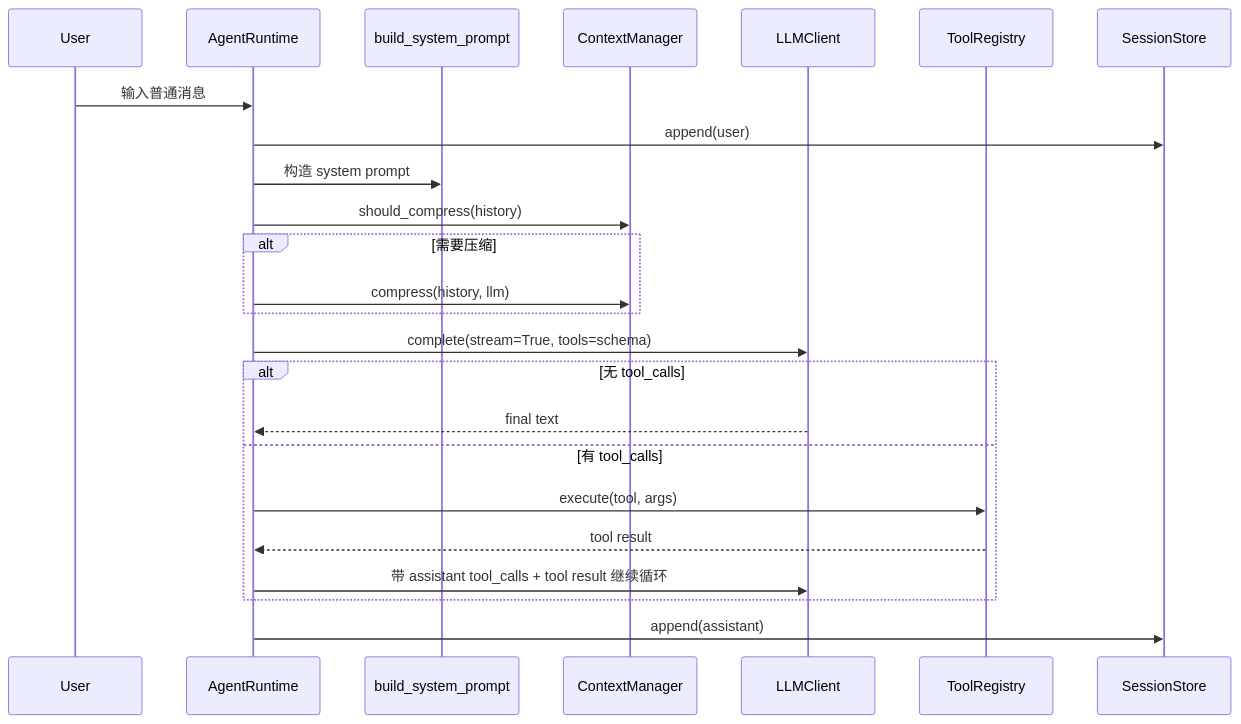
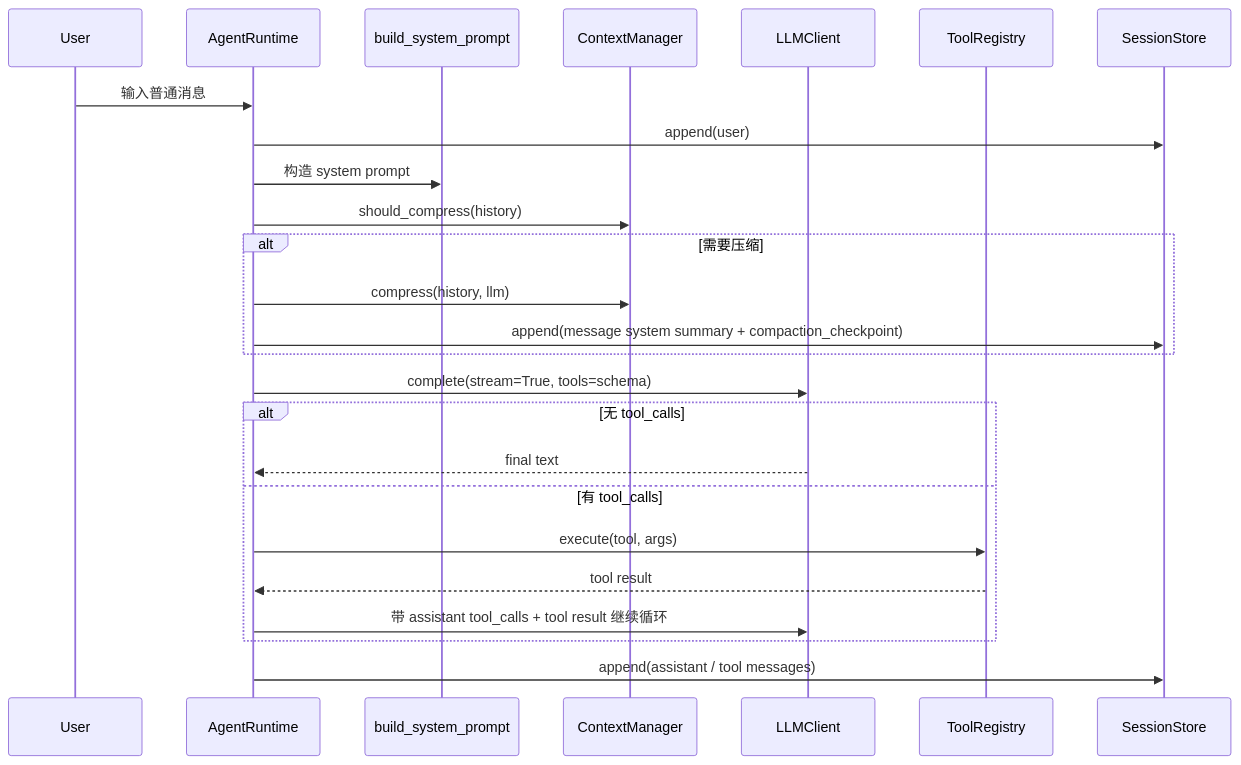
The second of 3 diagrams in docs/current/ARCHITECTURE.md (acofGDUT/Xcode), drawn with Mermaid before and after one commit. The commit also changed other lines of this file and 21 other files, not shown here.

````diff
--- a/docs/current/ARCHITECTURE.md
+++ b/docs/current/ARCHITECTURE.md
@@ -58,27 +60,28 @@
 ```mermaid
 sequenceDiagram
     participant U as User
     participant R as AgentRuntime
     participant P as build_system_prompt
     participant C as ContextManager
     participant L as LLMClient
     participant T as ToolRegistry
     participant S as SessionStore
 
     U->>R: 输入普通消息
     R->>S: append(user)
     R->>P: 构造 system prompt
     R->>C: should_compress(history)
     alt 需要压缩
         R->>C: compress(history, llm)
+        R->>S: append(message system summary + compaction_checkpoint)
     end
     R->>L: complete(stream=True, tools=schema)
     alt 无 tool_calls
         L-->>R: final text
     else 有 tool_calls
         R->>T: execute(tool, args)
         T-->>R: tool result
         R->>L: 带 assistant tool_calls + tool result 继续循环
     end
-    R->>S: append(assistant)
+    R->>S: append(assistant / tool messages)
 ```
````
